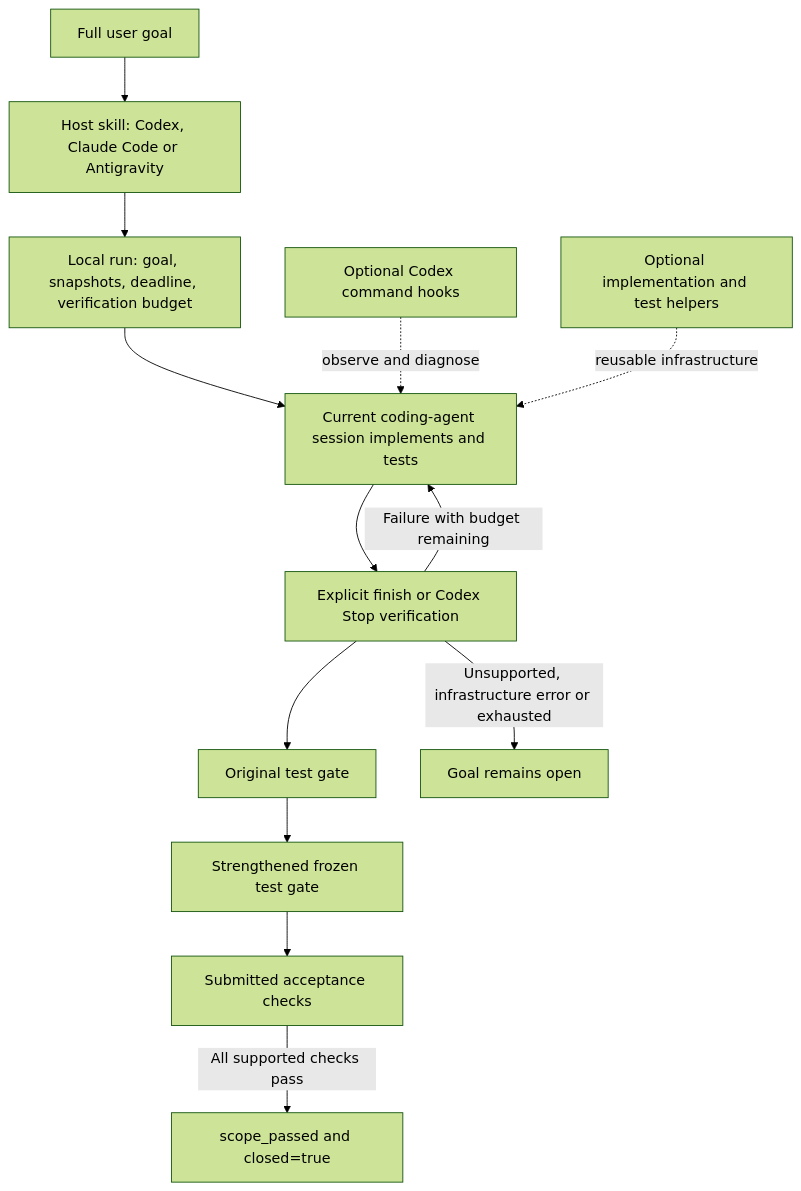
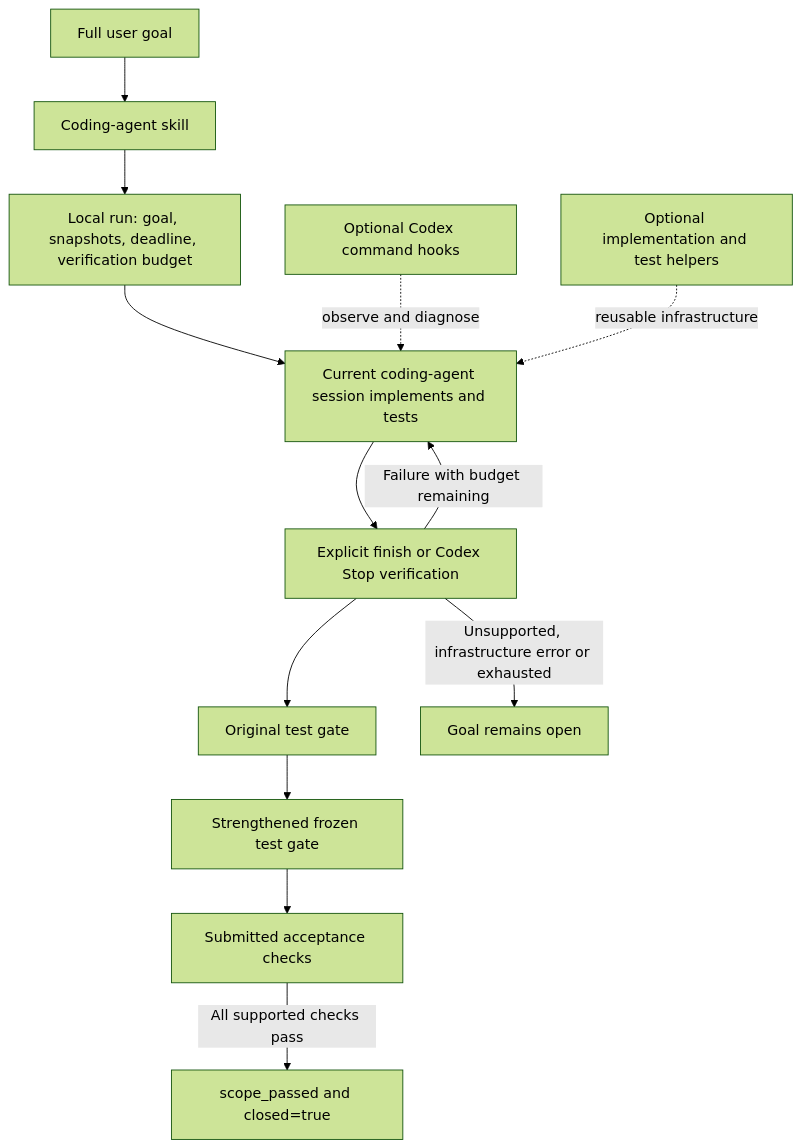
One commit to InfinitySpeed/goalpilot changed the diagram in docs/ARCHITECTURE.md. Above: the diagram before and after it, drawn with Mermaid (forest theme). The commit also changed other lines of this file and 73 other files, not shown here.

Commit message:
Add agent-first onboarding, automatic host selection and managed cross-platform runtime

````diff
--- a/docs/ARCHITECTURE.md
+++ b/docs/ARCHITECTURE.md
@@ -5,15 +5,15 @@
 ```mermaid
 flowchart TD
-    U[Full user goal] --> S[Host skill: Codex, Claude Code or Antigravity]
+    U[Full user goal] --> S[Coding-agent skill]
     S --> R[Local run: goal, snapshots, deadline, verification budget]
     R --> C[Current coding-agent session implements and tests]
     H[Optional Codex command hooks] -. observe and diagnose .-> C
     K[Optional implementation and test helpers] -. reusable infrastructure .-> C
     C --> V[Explicit finish or Codex Stop verification]
     V --> O[Original test gate]
     O --> B[Strengthened frozen test gate]
     B --> A[Submitted acceptance checks]
     A -->|All supported checks pass| P[scope_passed and closed=true]
     V -->|Failure with budget remaining| C
     V -->|Unsupported, infrastructure error or exhausted| X[Goal remains open]
 ```
````
